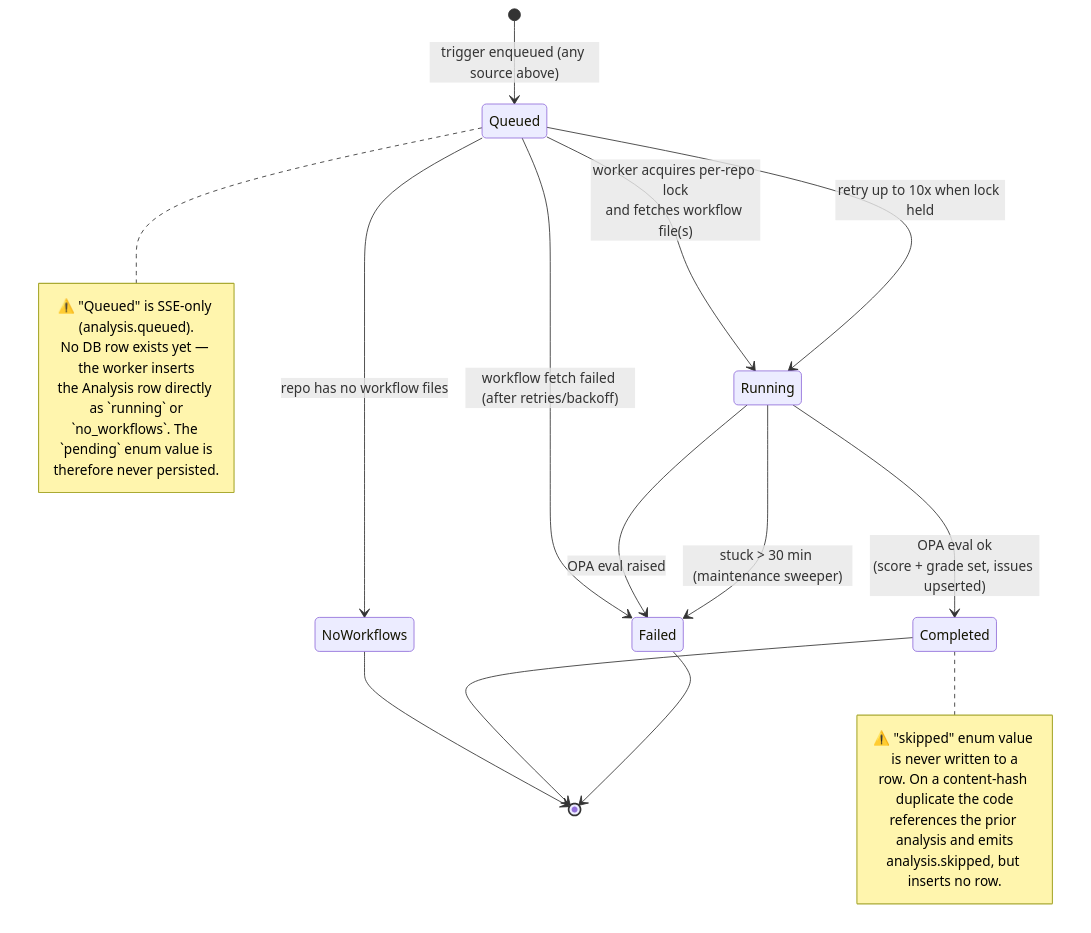
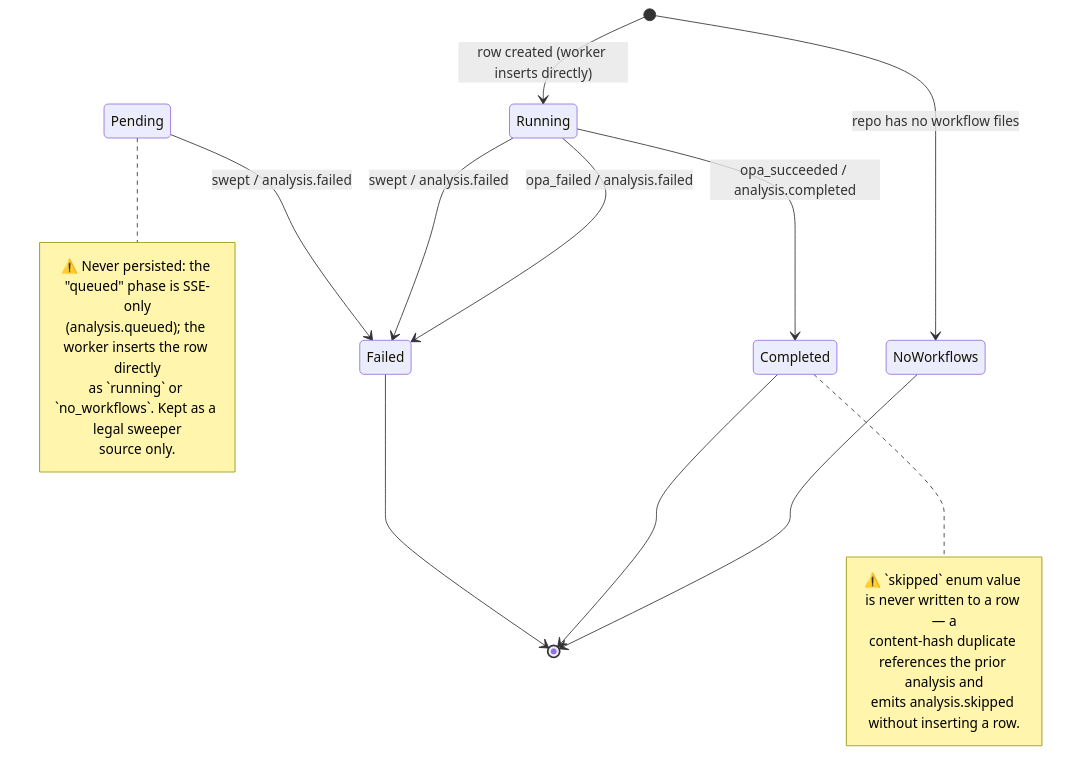
The second of 5 diagrams in docs/state-machines.md (TheoGoudout/greensecops), drawn with Mermaid before and after one commit. The commit also changed other lines of this file and 19 other files, not shown here.

````diff
--- a/docs/state-machines.md
+++ b/docs/state-machines.md
@@ -87,33 +124,26 @@
 ```mermaid
 stateDiagram-v2
-    [*] --> Queued: trigger enqueued (any source above)
+    [*] --> Running: row created (worker inserts directly)
+    [*] --> NoWorkflows: repo has no workflow files
 
-    Queued --> Running: worker acquires per-repo lock<br/>and fetches workflow file(s)
-    Queued --> Running: retry up to 10x when lock held
-    Queued --> NoWorkflows: repo has no workflow files
-    Queued --> Failed: workflow fetch failed (after retries/backoff)
-
-    Running --> Completed: OPA eval ok<br/>(score + grade set, issues upserted)
-    Running --> Failed: OPA eval raised
-
-    Running --> Failed: stuck > 30 min (maintenance sweeper)
+    Running --> Completed: opa_succeeded / analysis.completed
+    Running --> Failed: opa_failed / analysis.failed
+    Running --> Failed: swept / analysis.failed
+    Pending --> Failed: swept / analysis.failed
 
     NoWorkflows --> [*]
     Completed --> [*]
     Failed --> [*]
 
-    note right of Queued
-      ⚠️ "Queued" is SSE-only (analysis.queued).
-      No DB row exists yet — the worker inserts
-      the Analysis row directly as `running` or
-      `no_workflows`. The `pending` enum value is
-      therefore never persisted.
+    note right of Pending
+      ⚠️ Never persisted: the "queued" phase is SSE-only
+      (analysis.queued); the worker inserts the row directly
+      as `running` or `no_workflows`. Kept as a legal sweeper
+      source only.
     end note
-
     note right of Completed
-      ⚠️ "skipped" enum value is never written to a
-      row. On a content-hash duplicate the code
-      references the prior analysis and emits
-      analysis.skipped, but inserts no row.
+      ⚠️ `skipped` enum value is never written to a row — a
+      content-hash duplicate references the prior analysis and
+      emits analysis.skipped without inserting a row.
     end note
 ```
````
